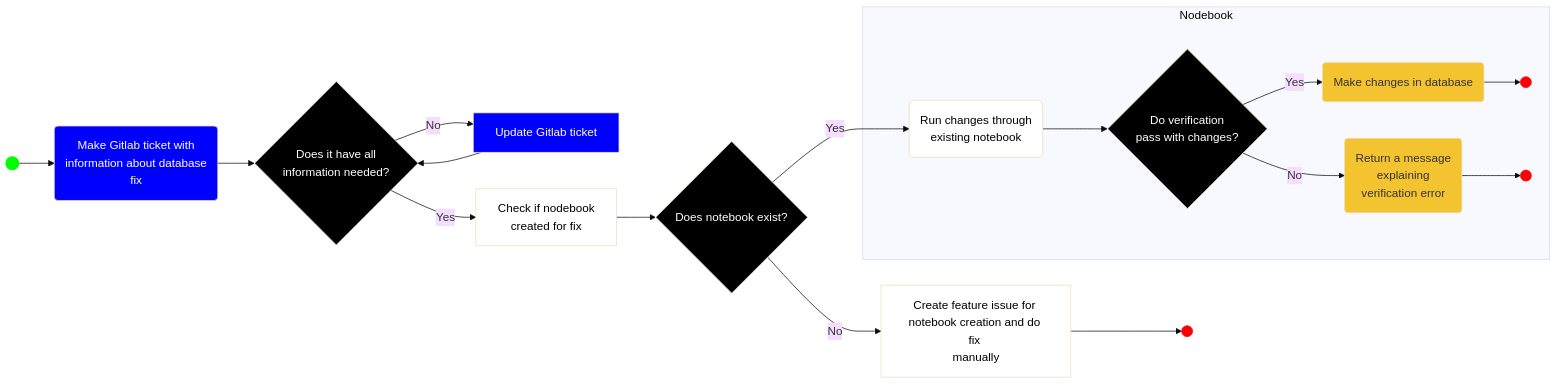
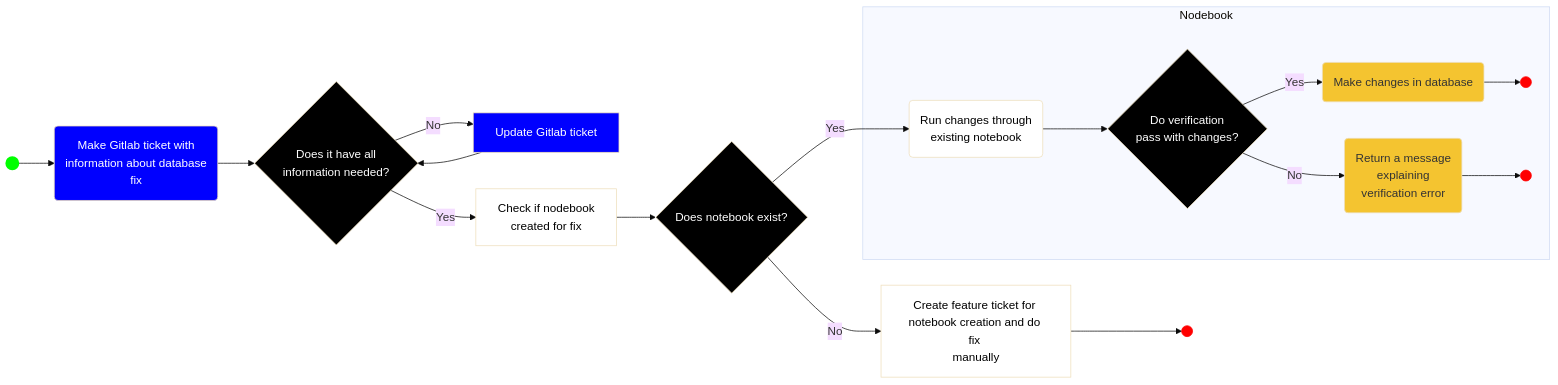
One commit to ocean-tracking-network/node-manager-training changed the diagram in _episodes/13_Database fix notebooks.md. Above: the diagram before and after it, drawn with Mermaid (base theme). The commit also changed other lines of this file and 8 other files, not shown here.

```diff
--- a/_episodes/13_Database fix notebooks.md
+++ b/_episodes/13_Database fix notebooks.md
@@ -29,35 +29,35 @@
 <pre class="mermaid">
 flowchart LR
     A(( )) --> B(Make Gitlab ticket with </br>information about database </br>fix)
     style A fill:#00FF00,stroke:#00FF00,stroke-width:4px
     style B fill:#0000ff,color:#ffffff
     B --> C{Does it have all </br>information needed?}
     style C fill:#000000,color:#ffffff
     C -- No --> D[Update Gitlab ticket]
     style D fill:#0000ff,color:#ffffff
     D --> C
 
     C -- Yes --> E[Check if nodebook </br>created for fix]
     style E fill:#ffffff,color:#000000
     E --> F{Does notebook exist?}
     style F fill:#000000,color:#ffffff
-    F -- No --> G[Create feature issue for </br>notebook creation and do fix </br>manually]
+    F -- No --> G[Create feature ticket for </br>notebook creation and do fix </br>manually]
     style G fill:#ffffff,color:#000000
     G --> H(( ))
     style H fill:#FF0000,stroke:#FF0000
     F -- Yes --> I(Run changes through </br>existing notebook)
     style I fill:#ffffff,color:#000000
 
     subgraph Nodebook
     I --> J{Do verification </br>pass with changes?}
     style J fill:#000000,color:#ffffff
     J -- Yes --> K(Make changes in database)
     style K fill:#F4C430
     K --> L(( ))
     style L fill:#FF0000,stroke:#FF0000
     J -- No --> M(Return a message </br>explaining </br>verification error)
     style M fill:#F4C430
     M --> N(( ))
     style N fill:#FF0000,stroke:#FF0000
     end
 </pre>
```
